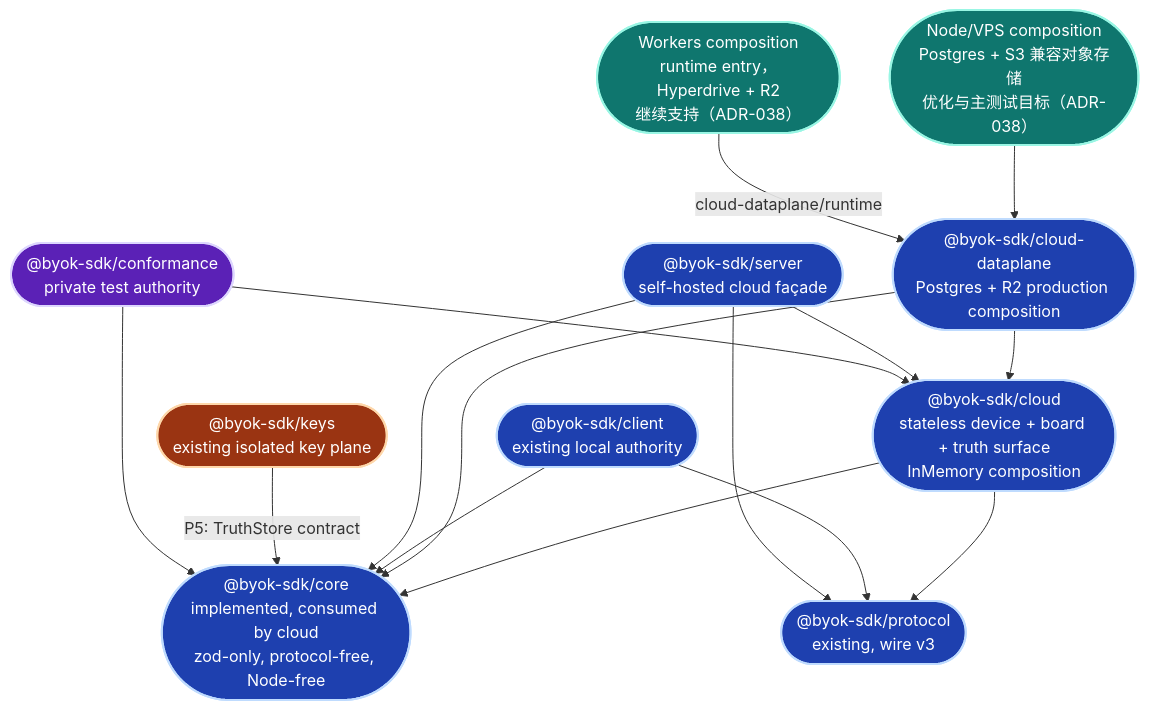
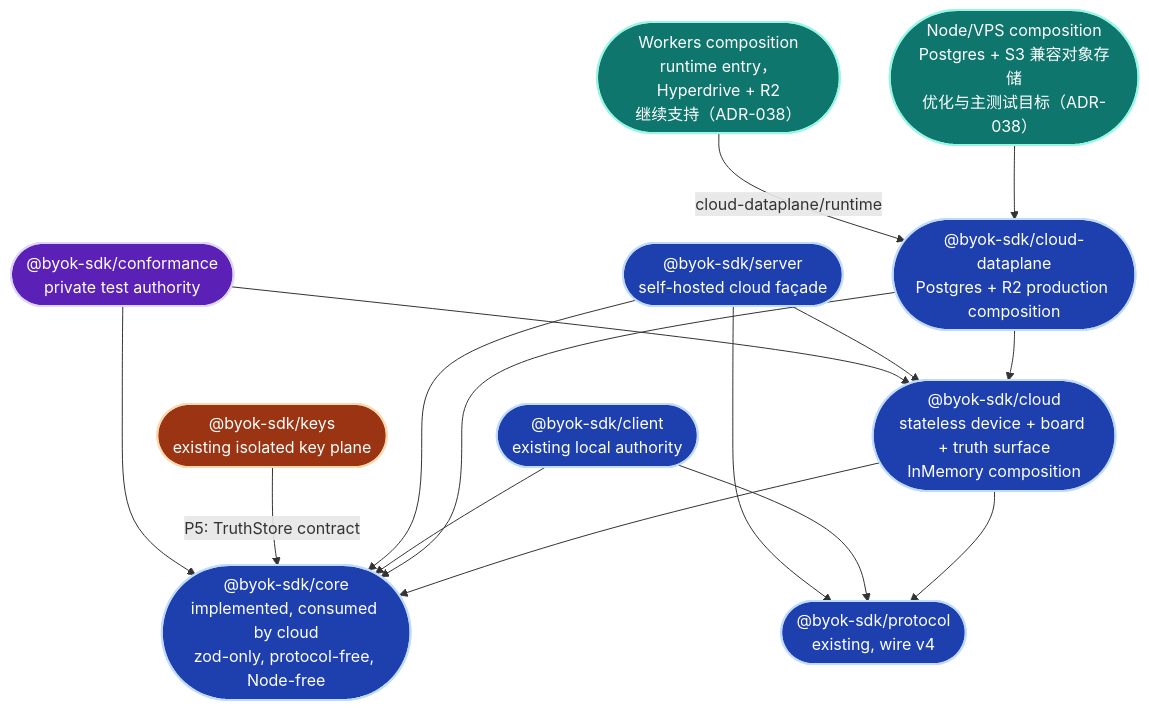
Diagram 14 of 21 in docs/architecture/sdk-architecture.md (Ancienttwo/byok-sdk), drawn with Mermaid before and after one commit. The commit also changed other lines of this file and 430 other files, not shown here.

First line of the commit message:
feat(protocol)!: wire v4 removes the legacy offers, conn.ack and the old approval paths (#925) (#1019)

````diff
--- a/docs/architecture/sdk-architecture.md
+++ b/docs/architecture/sdk-architecture.md
@@ -1115,33 +1083,33 @@
 ```mermaid
 flowchart TB
   classDef existing fill:#1e40af,stroke:#bfdbfe,stroke-width:2px,color:#fff
   classDef planned fill:#5b21b6,stroke:#ddd6fe,stroke-width:2px,color:#fff
   classDef isolated fill:#9a3412,stroke:#fed7aa,stroke-width:2px,color:#fff
   classDef deploy fill:#0f766e,stroke:#99f6e4,stroke-width:2px,color:#fff
 
-  Protocol(["@byok-sdk/protocol<br/>existing, wire v3"]):::existing
+  Protocol(["@byok-sdk/protocol<br/>existing, wire v4"]):::existing
   Core(["@byok-sdk/core<br/>implemented, consumed by cloud<br/>zod-only, protocol-free, Node-free"]):::existing
   Cloud(["@byok-sdk/cloud<br/>stateless device + board + truth surface<br/>InMemory composition"]):::existing
   CloudPg(["@byok-sdk/cloud-dataplane<br/>Postgres + R2 production composition"]):::existing
   Client(["@byok-sdk/client<br/>existing local authority"]):::existing
   Server(["@byok-sdk/server<br/>self-hosted cloud façade"]):::existing
   Conformance(["@byok-sdk/conformance<br/>private test authority"]):::planned
   Keys(["@byok-sdk/keys<br/>existing isolated key plane"]):::isolated
   Node(["Node/VPS composition<br/>Postgres + S3 兼容对象存储<br/>优化与主测试目标（ADR-038）"]):::deploy
   Workers(["Workers composition<br/>runtime entry，Hyperdrive + R2<br/>继续支持（ADR-038）"]):::deploy
 
   Cloud --> Core
   Cloud --> Protocol
   CloudPg --> Cloud
   CloudPg --> Core
   Client --> Core
   Client --> Protocol
   Server --> Cloud
   Server --> Core
   Server --> Protocol
   Keys -->|"P5: TruthStore contract"| Core
   Node --> CloudPg
   Workers -->|"cloud-dataplane/runtime"| CloudPg
   Conformance --> Cloud
   Conformance --> Core
 ```
````
